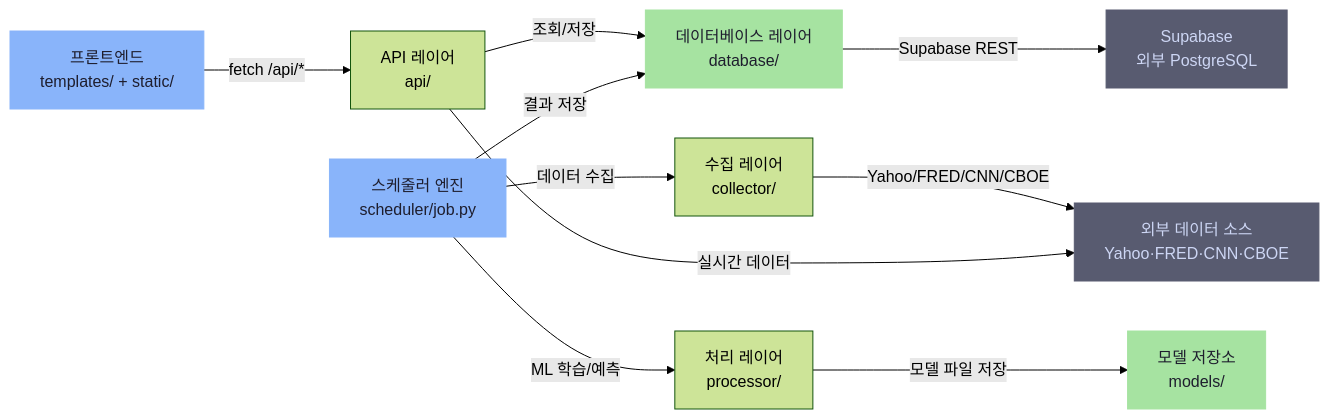
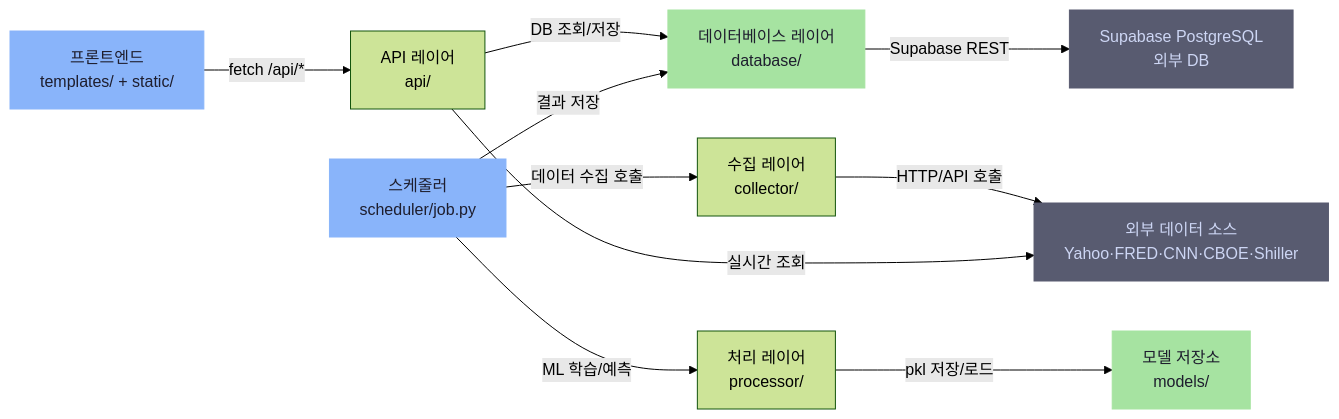
Before and after one commit to wonderfulawsome/Asset-Analysis-Platform: the diagram in .omm/overall-architecture/diagram.mmd, drawn with Mermaid (forest theme). The commit also changed 121 other files, not shown here.

```diff
--- a/.omm/overall-architecture/diagram.mmd
+++ b/.omm/overall-architecture/diagram.mmd
@@ -1,20 +1,20 @@
 graph LR
     frontend["프론트엔드\ntemplates/ + static/"]
     frontend -->|"fetch /api/*"| api-layer["API 레이어\napi/"]
-    api-layer -->|"조회/저장"| database-layer["데이터베이스 레이어\ndatabase/"]
-    database-layer -->|"Supabase REST"| supabase-db["Supabase\n외부 PostgreSQL"]
-    scheduler-engine["스케줄러 엔진\nscheduler/job.py"]
-    scheduler-engine -->|"데이터 수집"| collector-layer["수집 레이어\ncollector/"]
-    scheduler-engine -->|"ML 학습/예측"| processor-layer["처리 레이어\nprocessor/"]
-    scheduler-engine -->|"결과 저장"| database-layer
-    collector-layer -->|"Yahoo/FRED/CNN/CBOE"| external-apis["외부 데이터 소스\nYahoo·FRED·CNN·CBOE"]
-    processor-layer -->|"모델 파일 저장"| model-store["모델 저장소\nmodels/"]
-    api-layer -->|"실시간 데이터"| external-apis
+    api-layer -->|"DB 조회/저장"| database-layer["데이터베이스 레이어\ndatabase/"]
+    database-layer -->|"Supabase REST"| supabase["Supabase PostgreSQL\n외부 DB"]
+    scheduler["스케줄러\nscheduler/job.py"]
+    scheduler -->|"데이터 수집 호출"| collector-layer["수집 레이어\ncollector/"]
+    scheduler -->|"ML 학습/예측"| processor-layer["처리 레이어\nprocessor/"]
+    scheduler -->|"결과 저장"| database-layer
+    collector-layer -->|"HTTP/API 호출"| external-sources["외부 데이터 소스\nYahoo·FRED·CNN·CBOE·Shiller"]
+    processor-layer -->|"pkl 저장/로드"| model-store["모델 저장소\nmodels/"]
+    api-layer -->|"실시간 조회"| external-sources
 
     classDef external fill:#585b70,stroke:#585b70,color:#cdd6f4
     classDef entry fill:#89b4fa,stroke:#89b4fa,color:#1e1e2e
     classDef store fill:#a6e3a1,stroke:#a6e3a1,color:#1e1e2e
 
-    class supabase-db,external-apis external
-    class frontend,scheduler-engine entry
+    class supabase,external-sources external
+    class frontend,scheduler entry
     class model-store,database-layer store
```
